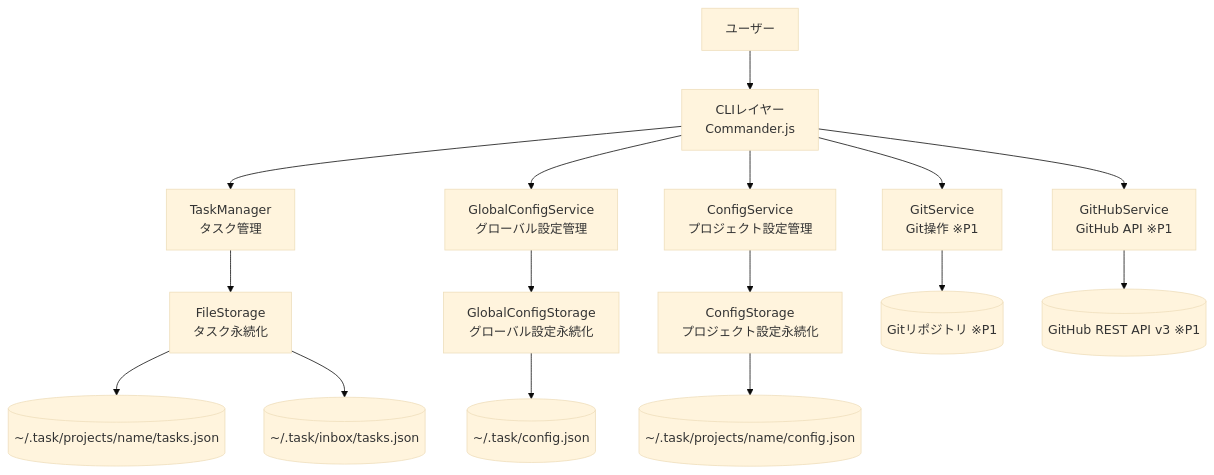
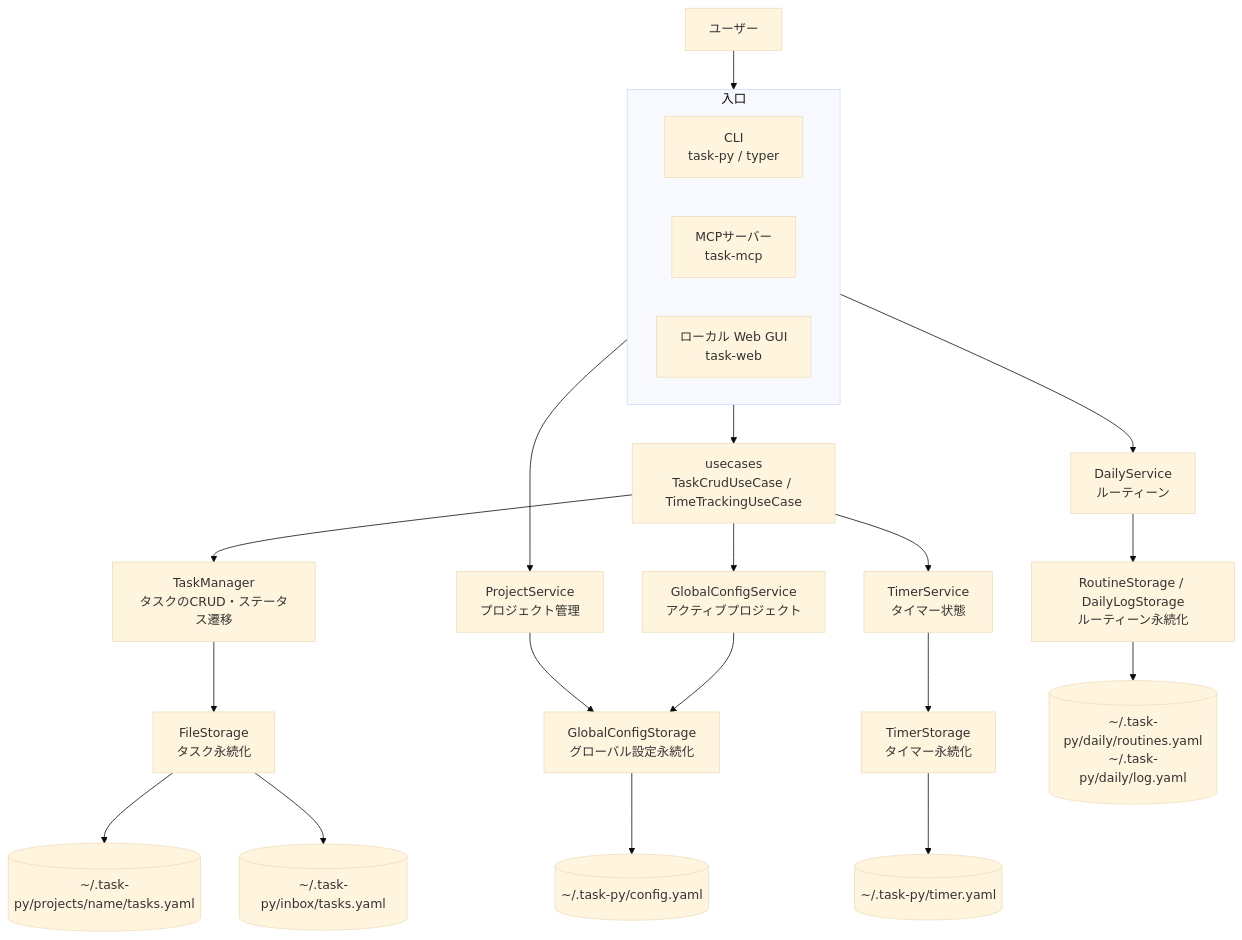
Before and after one commit to kanan4gh/dev-tasks2-py: the first of 8 diagrams in docs/functional-design.md, drawn with Mermaid (base theme). The commit also changed other lines of this file and 5 other files, not shown here.

````diff
--- a/docs/functional-design.md
+++ b/docs/functional-design.md
@@ -20,35 +22,46 @@
 ```mermaid
 graph TB
     User[ユーザー]
-    CLI[CLIレイヤー<br/>Commander.js]
-    TaskMgr[TaskManager<br/>タスク管理]
-    GitSvc[GitService<br/>Git操作 ※P1]
-    GHSvc[GitHubService<br/>GitHub API ※P1]
-    GlobalCfgSvc[GlobalConfigService<br/>グローバル設定管理]
-    CfgSvc[ConfigService<br/>プロジェクト設定管理]
+
+    subgraph Entry[入口]
+        CLI[CLI<br/>task-py / typer]
+        MCP[MCPサーバー<br/>task-mcp]
+        Web[ローカル Web GUI<br/>task-web]
+    end
+
+    UseCase[usecases<br/>TaskCrudUseCase / TimeTrackingUseCase]
+    TaskMgr[TaskManager<br/>タスクのCRUD・ステータス遷移]
+    ProjSvc[ProjectService<br/>プロジェクト管理]
+    GlobalCfgSvc[GlobalConfigService<br/>アクティブプロジェクト]
+    DailySvc[DailyService<br/>ルーティーン]
+    TimerSvc[TimerService<br/>タイマー状態]
+
     FileStore[FileStorage<br/>タスク永続化]
     GlobalCfgStore[GlobalConfigStorage<br/>グローバル設定永続化]
-    CfgStore[ConfigStorage<br/>プロジェクト設定永続化]
-    GlobalConfigJSON[(~/.task/config.json)]
-    InboxJSON[(~/.task/inbox/tasks.json)]
-    TasksJSON[(~/.task/projects/name/tasks.json)]
-    ProjConfigJSON[(~/.task/projects/name/config.json)]
-    GitRepo[(Gitリポジトリ ※P1)]
-    GitHubAPI[(GitHub REST API v3 ※P1)]
+    RoutineStore[RoutineStorage / DailyLogStorage<br/>ルーティーン永続化]
+    TimerStore[TimerStorage<br/>タイマー永続化]
 
-    User --> CLI
-    CLI --> TaskMgr
-    CLI --> GitSvc
-    CLI --> GHSvc
-    CLI --> GlobalCfgSvc
-    CLI --> CfgSvc
+    GlobalConfigYAML[(~/.task-py/config.yaml)]
+    InboxYAML[(~/.task-py/inbox/tasks.yaml)]
+    TasksYAML[(~/.task-py/projects/name/tasks.yaml)]
+    DailyYAML[(~/.task-py/daily/routines.yaml<br/>~/.task-py/daily/log.yaml)]
+    TimerYAML[(~/.task-py/timer.yaml)]
+
+    User --> Entry
+    Entry --> UseCase
+    Entry --> ProjSvc
+    Entry --> DailySvc
+    UseCase --> TaskMgr
+    UseCase --> GlobalCfgSvc
+    UseCase --> TimerSvc
+    ProjSvc --> GlobalCfgStore
+    GlobalCfgSvc --> GlobalCfgStore
     TaskMgr --> FileStore
-    GlobalCfgSvc --> GlobalCfgStore
-    CfgSvc --> CfgStore
-    GHSvc --> GitHubAPI
-    GitSvc --> GitRepo
-    FileStore --> TasksJSON
-    FileStore --> InboxJSON
-    GlobalCfgStore --> GlobalConfigJSON
-    CfgStore --> ProjConfigJSON
+    DailySvc --> RoutineStore
+    TimerSvc --> TimerStore
+    FileStore --> TasksYAML
+    FileStore --> InboxYAML
+    GlobalCfgStore --> GlobalConfigYAML
+    RoutineStore --> DailyYAML
+    TimerStore --> TimerYAML
 ```
````
